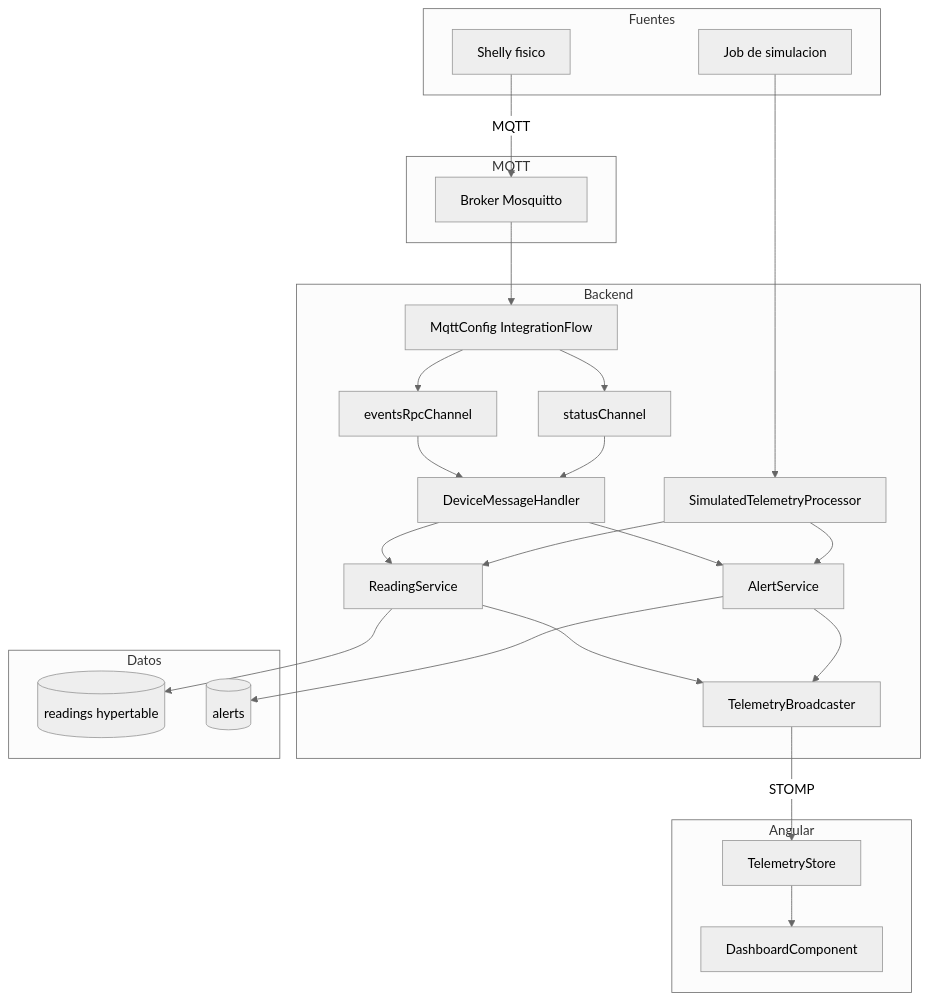
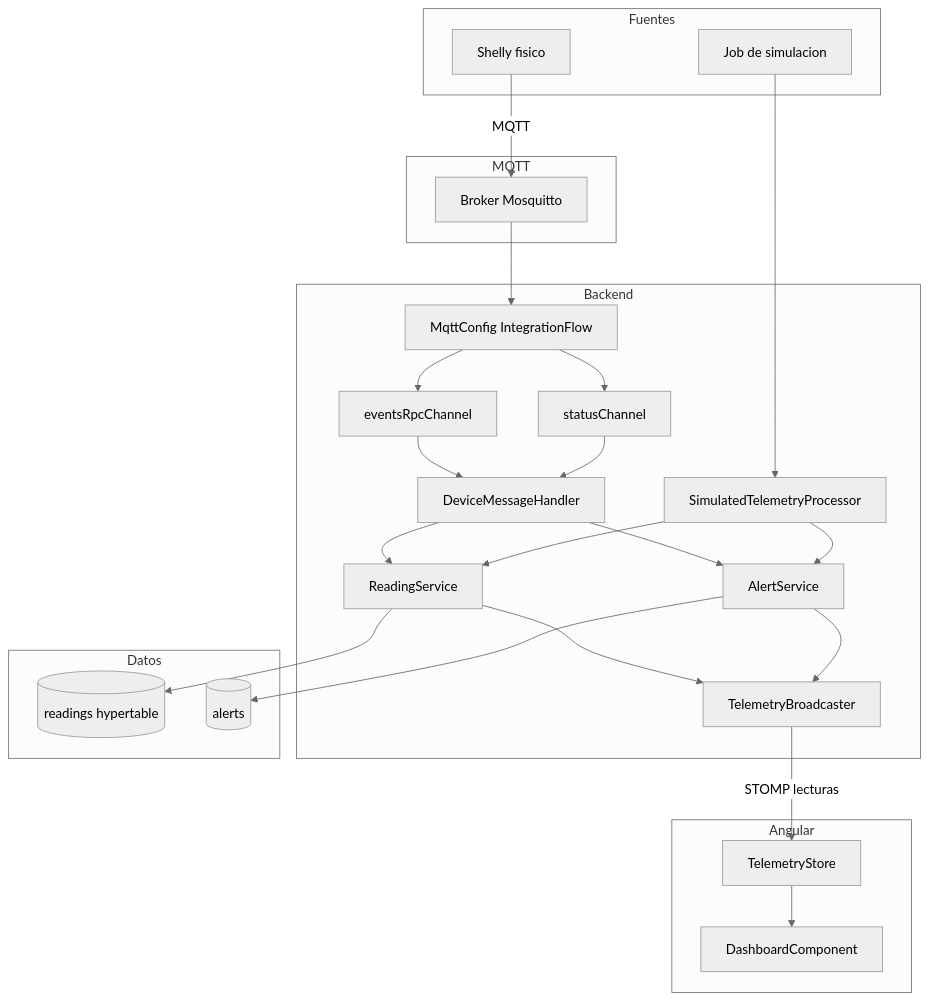
One commit to joellmar/wattpath-app changed the diagram in docs/memoria/anexo-c-telemetria-mqtt.md. Above: the diagram before and after it, drawn with Mermaid (neutral theme). The commit also changed other lines of this file and 3 other files, not shown here.

````diff
--- a/docs/memoria/anexo-c-telemetria-mqtt.md
+++ b/docs/memoria/anexo-c-telemetria-mqtt.md
@@ -298,50 +300,50 @@
 ```mermaid
 flowchart TB
     subgraph Fuentes
         Shelly[Shelly fisico]
         Sim[Job de simulacion]
     end
 
     subgraph MQTT
         Mosquitto[Broker Mosquitto]
     end
 
     subgraph Backend
         MqttConfig[MqttConfig IntegrationFlow]
         Events[eventsRpcChannel]
         Status[statusChannel]
         Handler[DeviceMessageHandler]
         Processor[SimulatedTelemetryProcessor]
         ReadingService[ReadingService]
         AlertService[AlertService]
         Broadcaster[TelemetryBroadcaster]
     end
 
     subgraph Datos
         Readings[(readings hypertable)]
         Alerts[(alerts)]
     end
 
     subgraph Angular
         Store[TelemetryStore]
         Dashboard[DashboardComponent]
     end
 
     Shelly -->|MQTT| Mosquitto
     Mosquitto --> MqttConfig
     MqttConfig --> Events
     MqttConfig --> Status
     Events --> Handler
     Status --> Handler
     Sim --> Processor
     Handler --> ReadingService
     Processor --> ReadingService
     ReadingService --> Readings
     ReadingService --> Broadcaster
     Handler --> AlertService
     Processor --> AlertService
     AlertService --> Alerts
     AlertService --> Broadcaster
-    Broadcaster -->|STOMP| Store
+    Broadcaster -->|STOMP lecturas| Store
     Store --> Dashboard
 ```
````
